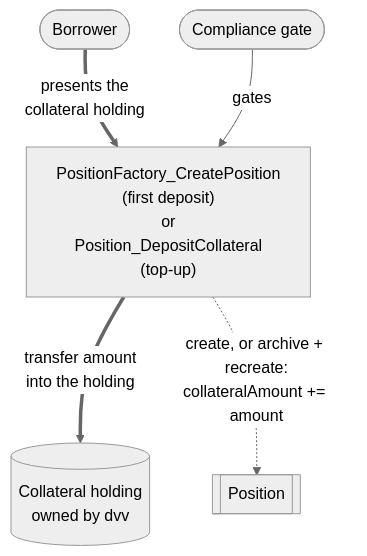
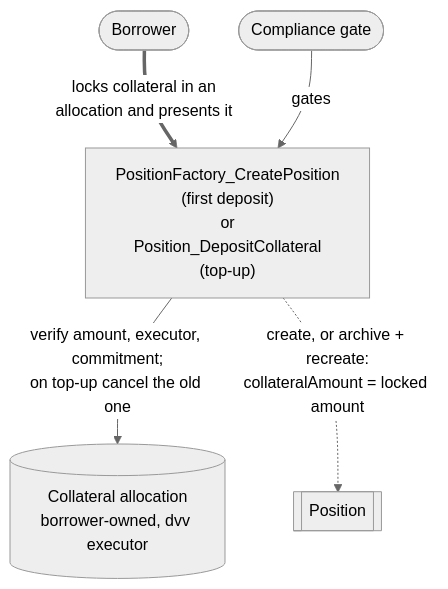
Before and after one commit to OpenZeppelin/canton-specs: the third of 9 diagrams in docs/reference-architectures/lending.md, drawn with Mermaid (neutral theme). The commit also changed other lines of this file, not shown here.

Commit message:
Lock collateral in iterated allocation.

````diff
--- a/docs/reference-architectures/lending.md
+++ b/docs/reference-architectures/lending.md
@@ -348,13 +350,13 @@
 ```mermaid
 flowchart TD
     Borrower([Borrower])
     Compliance(["Compliance gate"])
     Choice["PositionFactory_CreatePosition<br/>(first deposit)<br/>or<br/>Position_DepositCollateral<br/>(top-up)"]
     Position[["Position"]]
-    Collateral[("Collateral holding<br/>owned by dvv")]
+    Collateral[("Collateral allocation<br/>borrower-owned, dvv executor")]
 
-    Borrower ==>|"presents the<br/>collateral holding"| Choice
+    Borrower ==>|"locks collateral in an<br/>allocation and presents it"| Choice
     Compliance -->|"gates"| Choice
-    Choice ==>|"transfer amount<br/>into the holding"| Collateral
-    Choice -.->|"create, or archive + recreate:<br/>collateralAmount += amount"| Position
+    Choice -->|"verify amount, executor, commitment;<br/>on top-up cancel the old one"| Collateral
+    Choice -.->|"create, or archive + recreate:<br/>collateralAmount = locked amount"| Position
 ```
````
